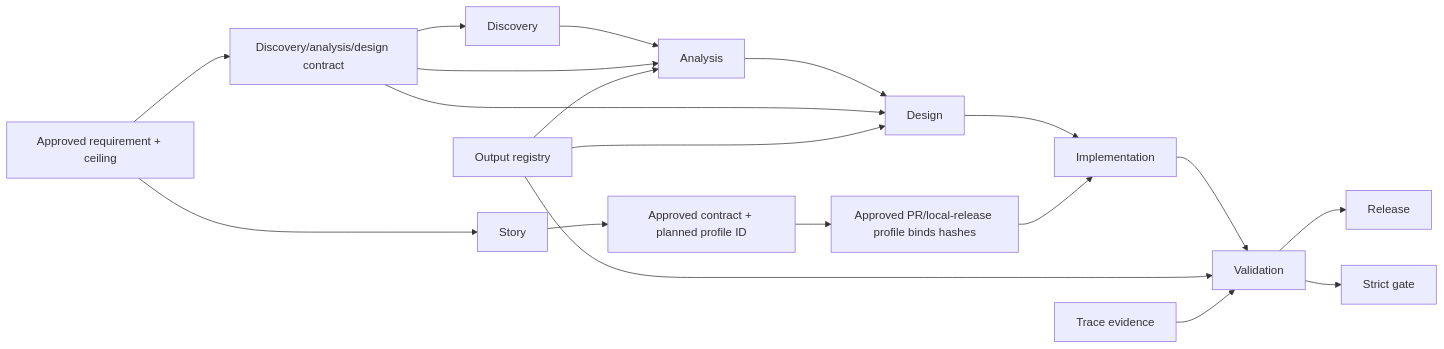
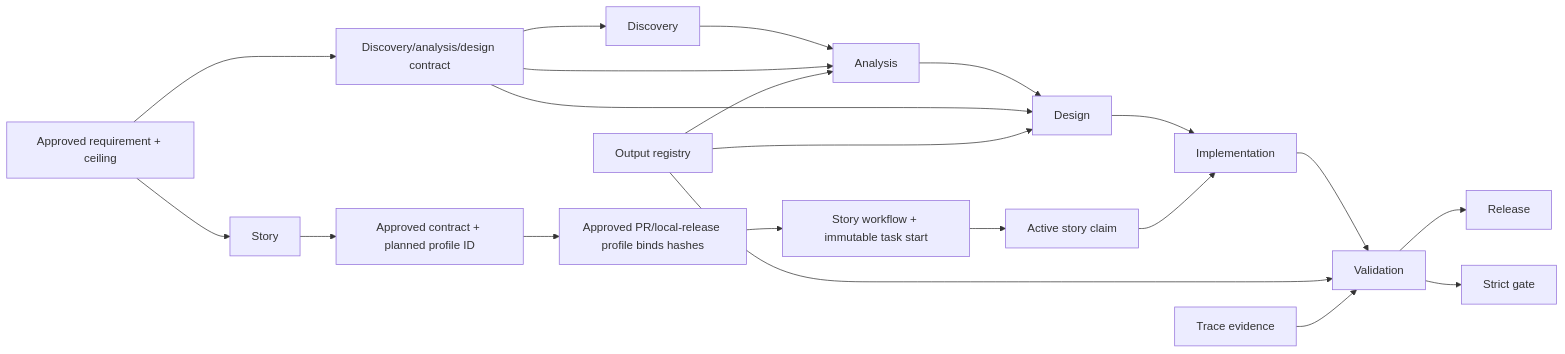
Before and after one commit to aantenore/agentic-sdlc-codex-plugin: the first of 2 diagrams in skills/agentic-sdlc/references/process.md, drawn with Mermaid. The commit also changed other lines of this file and 30 other files, not shown here.

````diff
--- a/skills/agentic-sdlc/references/process.md
+++ b/skills/agentic-sdlc/references/process.md
@@ -23,22 +23,24 @@
 ```mermaid
 flowchart LR
   Discovery["Discovery"] --> Analysis["Analysis"]
   Analysis --> Design["Design"]
   Design --> Implementation["Implementation"]
   Implementation --> Validation["Validation"]
   Validation --> Release["Release"]
 
   Requirement["Approved requirement + ceiling"] --> Contract["Discovery/analysis/design contract"]
   Contract --> Discovery
   Contract --> Analysis
   Contract --> Design
   Requirement --> Story["Story"]
   Story --> FinalContract["Approved contract + planned profile ID"]
   FinalContract --> Delivery["Approved PR/local-release profile binds hashes"]
-  Delivery --> Implementation
+  Delivery --> Start["Story workflow + immutable task start"]
+  Start --> Claim["Active story claim"]
+  Claim --> Implementation
   OutputRegistry["Output registry"] --> Analysis
   OutputRegistry --> Design
   OutputRegistry --> Validation
   Trace["Trace evidence"] --> Validation
   Validation --> Gate["Strict gate"]
 ```
````
